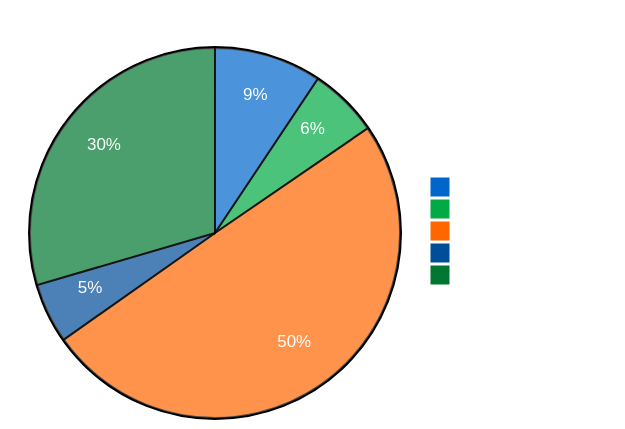
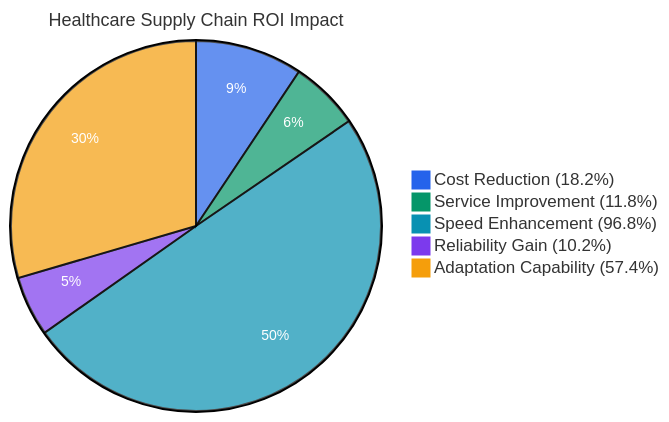
The first of 15 diagrams in README.md (abhijit-ubale/JBL_stuff), drawn with Mermaid before and after one commit. The commit also changed other lines of this file, not shown here.

````diff
--- a/README.md
+++ b/README.md
@@ -60,25 +60,24 @@
 ```mermaid
 %%{init: {
   'theme': 'base',
   'themeVariables': {
-    'primaryColor': '#0066CC',
-    'primaryTextColor': '#FFFFFF', 
-    'primaryBorderColor': '#004499',
-    'lineColor': '#666666',
-    'secondaryColor': '#00AA44',
-    'tertiaryColor': '#FF6600',
-    'quaternaryColor': '#8A3FFC',
+    'pie1': '#2563EB',
+    'pie2': '#059669',
+    'pie3': '#0891B2',
+    'pie4': '#7C3AED',
+    'pie5': '#F59E0B',
+    'pieOuterStrokeWidth': '2px',
+    'pieSectionTextColor': '#FFFFFF',
+    'pieTitleTextSize': '18px',
+    'pieSectionTextSize': '14px',
     'background': '#FFFFFF',
-    'mainBkg': '#F8F9FA',
-    'secondBkg': '#E8F4FD',
-    'fontFamily': 'Arial, sans-serif',
-    'fontSize': '14px'
+    'fontFamily': 'Inter, system-ui, sans-serif'
   }
 }}%%
 pie title Healthcare Supply Chain ROI Impact
-    "Cost Reduction" : 18.2
-    "Service Improvement" : 11.8
-    "Speed Enhancement" : 96.8
-    "Reliability Gain" : 10.2
-    "Adaptation Capability" : 57.4
+    "Cost Reduction (18.2%)" : 18.2
+    "Service Improvement (11.8%)" : 11.8
+    "Speed Enhancement (96.8%)" : 96.8
+    "Reliability Gain (10.2%)" : 10.2
+    "Adaptation Capability (57.4%)" : 57.4
 ```
````
